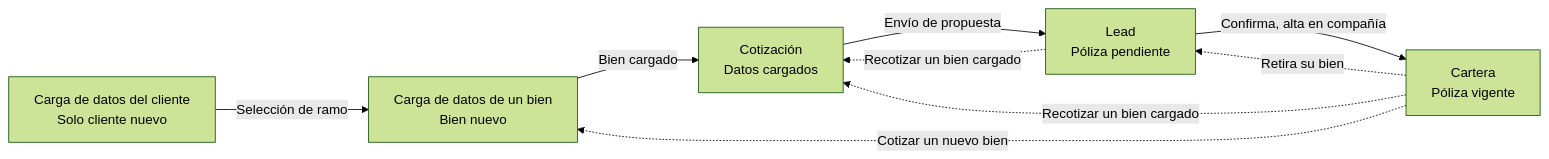
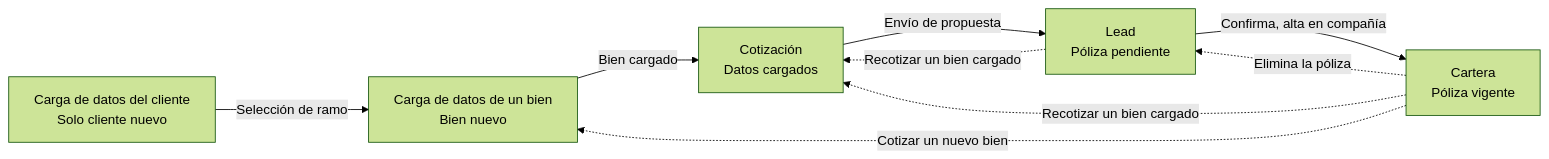
The diagram in front/docs/casos-de-uso/transicion-estados-bien.md (MateoGarrido13/ERP-HOMSEGUROS-V1), drawn with Mermaid (forest theme) before and after one commit. The commit also changed other lines of this file and 40 other files, not shown here.

````diff
--- a/front/docs/casos-de-uso/transicion-estados-bien.md
+++ b/front/docs/casos-de-uso/transicion-estados-bien.md
@@ -9,17 +9,17 @@
 ```mermaid
 flowchart LR
   cliente["Carga de datos del cliente\nSolo cliente nuevo"]
   bien["Carga de datos de un bien\nBien nuevo"]
   cotizacion["Cotización\nDatos cargados"]
   lead["Lead\nPóliza pendiente"]
   cartera["Cartera\nPóliza vigente"]
 
   cliente -->|"Selección de ramo"| bien
   bien -->|"Bien cargado"| cotizacion
   cotizacion -->|"Envío de propuesta"| lead
   lead -->|"Confirma, alta en compañía"| cartera
-  cartera -.->|"Retira su bien"| lead
+  cartera -.->|"Elimina la póliza"| lead
   lead -.->|"Recotizar un bien cargado"| cotizacion
   cartera -.->|"Recotizar un bien cargado"| cotizacion
   cartera -.->|"Cotizar un nuevo bien"| bien
 ```
````
